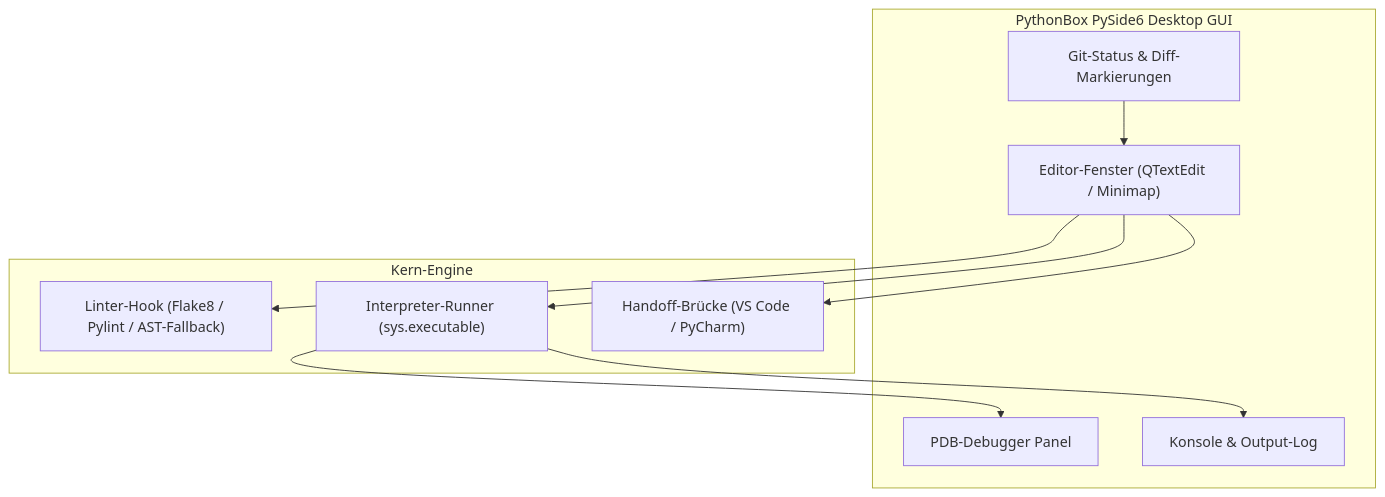
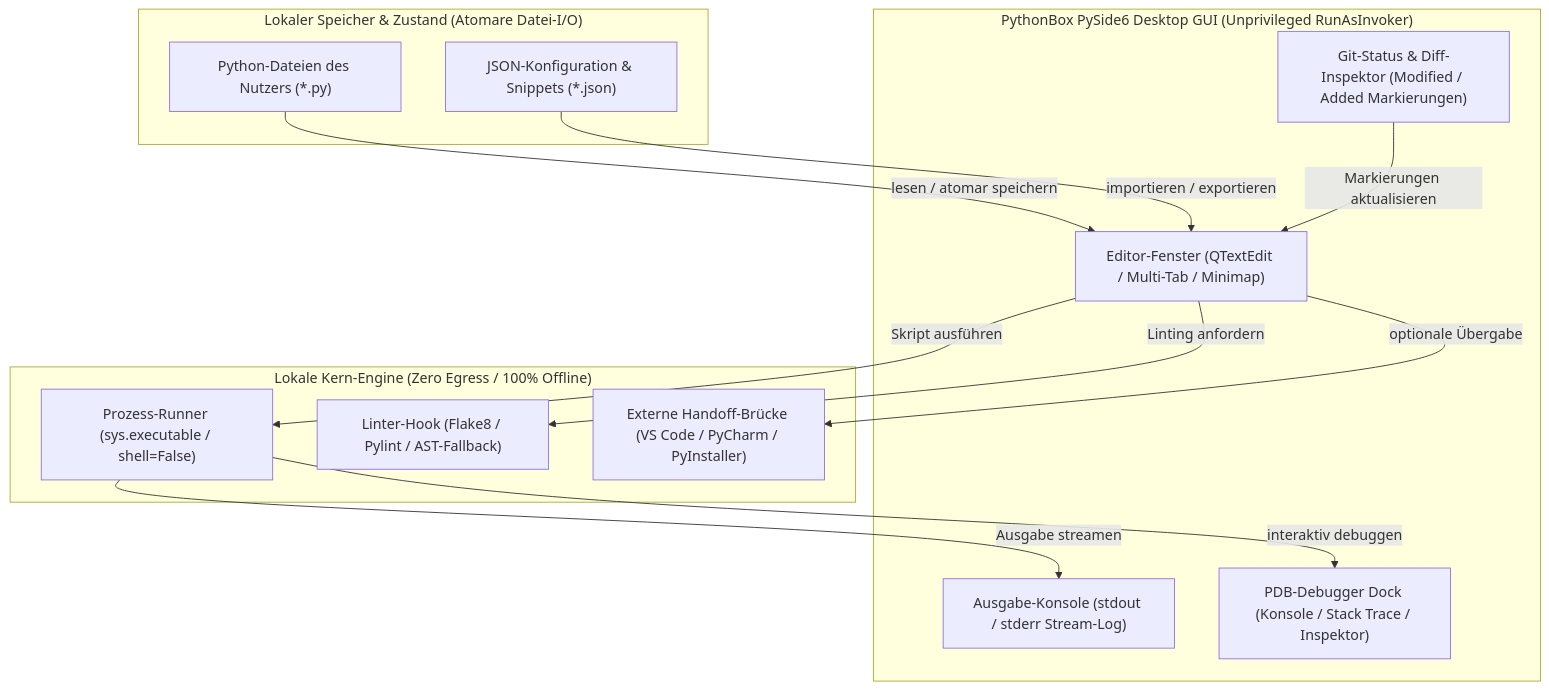
One commit to dev-bricks/pythonbox changed the first of 2 diagrams in README_de.md. Above: the diagram before and after it, drawn with Mermaid. The commit also changed other lines of this file and 9 other files, not shown here.

Commit message:
feat(marketing): discoverability, dual mermaid diagrams, bilingual navigation parity & NOTICE attribution

````diff
--- a/README_de.md
+++ b/README_de.md
@@ -46,22 +82,29 @@
 ```mermaid
 flowchart TD
-    subgraph GUI ["PythonBox PySide6 Desktop GUI"]
-        ED["Editor-Fenster (QTextEdit / Minimap)"]
-        DBG["PDB-Debugger Panel"]
-        OUT["Konsole & Output-Log"]
-        GIT_PANEL["Git-Status & Diff-Markierungen"]
+    subgraph GUI ["PythonBox PySide6 Desktop GUI (Unprivileged RunAsInvoker)"]
+        ED["Editor-Fenster (QTextEdit / Multi-Tab / Minimap)"]
+        DBG["PDB-Debugger Dock (Konsole / Stack Trace / Inspektor)"]
+        OUT["Ausgabe-Konsole (stdout / stderr Stream-Log)"]
+        GIT_PANEL["Git-Status & Diff-Inspektor (Modified / Added Markierungen)"]
     end
 
-    subgraph CORE ["Kern-Engine"]
+    subgraph CORE ["Lokale Kern-Engine (Zero Egress / 100% Offline)"]
         LINT["Linter-Hook (Flake8 / Pylint / AST-Fallback)"]
-        EXEC["Interpreter-Runner (sys.executable)"]
-        HANDOFF["Handoff-Brücke (VS Code / PyCharm)"]
+        EXEC["Prozess-Runner (sys.executable / shell=False)"]
+        HANDOFF["Externe Handoff-Brücke (VS Code / PyCharm / PyInstaller)"]
     end
 
-    ED --> EXEC
-    ED --> LINT
-    EXEC --> OUT
-    EXEC --> DBG
-    ED --> HANDOFF
-    GIT_PANEL --> ED
+    subgraph FS ["Lokaler Speicher & Zustand (Atomare Datei-I/O)"]
+        SCRIPTS["Python-Dateien des Nutzers (*.py)"]
+        CONFIG["JSON-Konfiguration & Snippets (*.json)"]
+    end
+
+    SCRIPTS -->|"lesen / atomar speichern"| ED
+    ED -->|"Skript ausführen"| EXEC
+    ED -->|"Linting anfordern"| LINT
+    EXEC -->|"Ausgabe streamen"| OUT
+    EXEC -->|"interaktiv debuggen"| DBG
+    ED -->|"optionale Übergabe"| HANDOFF
+    GIT_PANEL -->|"Markierungen aktualisieren"| ED
+    CONFIG -->|"importieren / exportieren"| ED
 ```
````
